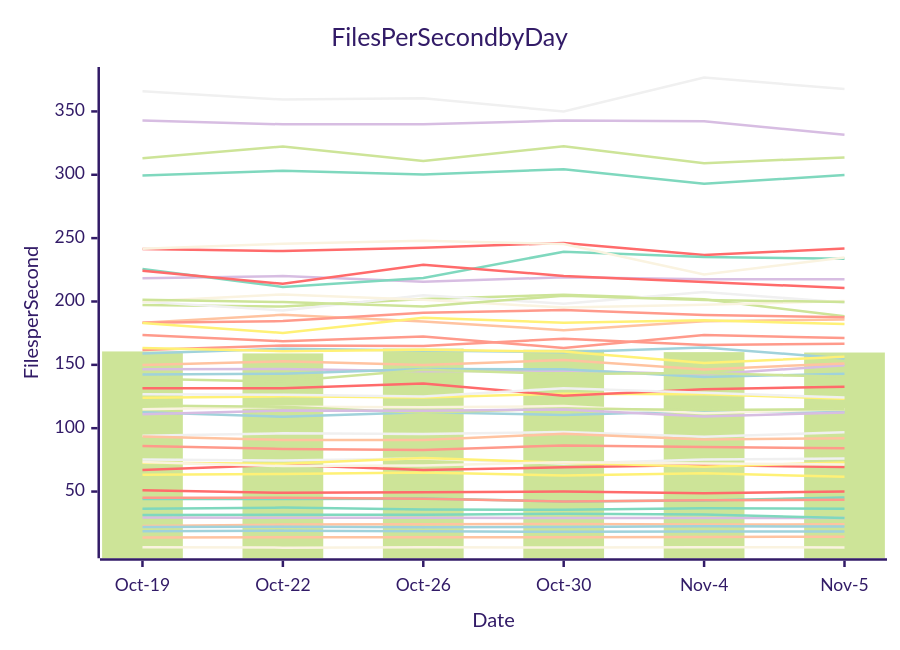
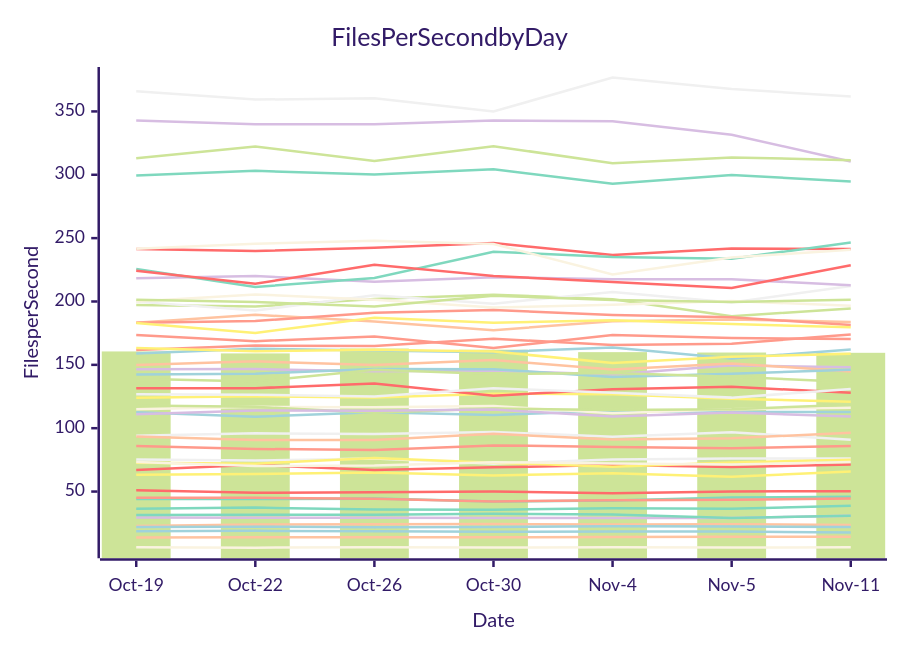
The diagram in perf-report.md (streetsidesoftware/cspell), drawn with Mermaid (forest theme) before and after one commit. The commit also changed other lines of this file and 1 other file, not shown here.

````diff
--- a/perf-report.md
+++ b/perf-report.md
@@ -10,57 +10,57 @@
 ```mermaid
 xychart-beta
     title Files Per Second by Day
     y-axis Files per Second
-    x-axis Date [Oct-19, Oct-22, Oct-26, Oct-30, Nov-4, Nov-5]
-    bar [160.58, 159.03, 162.88, 161.94, 160.02, 159.72]
-    line [50.97, 49.03, 49.37, 49.99, 48.68, 50.03]
-    line [112.56, 109.04, 112.63, 110.40, 113.53, 112.85]
-    line [146.50, 146.67, 144.85, 145.45, 142.42, 149.63]
-    line [93.97, 96.00, 95.45, 97.05, 93.17, 96.79]
-    line [22.78, 23.92, 24.17, 24.43, 23.95, 24.20]
-    line [36.49, 37.33, 35.82, 35.71, 36.86, 36.50]
-    line [161.71, 165.23, 164.80, 170.61, 165.61, 166.70]
-    line [6.02, 5.75, 6.03, 5.80, 6.05, 5.91]
-    line [63.29, 63.79, 65.07, 62.75, 64.51, 61.69]
-    line [197.32, 196.05, 201.96, 205.39, 201.71, 188.42]
-    line [67.05, 71.08, 67.00, 69.09, 70.86, 69.37]
-    line [18.69, 19.00, 18.63, 18.25, 18.44, 18.38]
-    line [29.58, 29.31, 29.41, 29.14, 29.07, 29.19]
-    line [75.28, 74.51, 76.18, 72.03, 75.21, 76.09]
-    line [93.37, 90.70, 90.60, 95.53, 91.04, 92.11]
-    line [44.15, 44.08, 44.42, 42.24, 42.88, 45.37]
-    line [173.59, 168.67, 172.42, 163.25, 173.61, 171.18]
-    line [115.01, 116.88, 116.53, 117.43, 111.89, 115.01]
-    line [123.99, 125.15, 124.19, 127.28, 126.86, 123.18]
-    line [118.00, 116.85, 112.16, 115.50, 114.45, 114.87]
-    line [131.49, 131.59, 135.21, 125.70, 130.73, 132.76]
-    line [22.11, 22.28, 21.78, 22.12, 22.59, 22.34]
-    line [342.86, 339.81, 339.82, 342.79, 342.26, 331.64]
-    line [199.89, 192.85, 204.98, 198.27, 207.58, 199.26]
-    line [149.81, 152.74, 149.93, 153.73, 146.39, 151.10]
-    line [299.41, 303.13, 300.22, 304.34, 292.89, 299.81]
-    line [45.18, 45.07, 44.31, 42.25, 43.22, 43.49]
-    line [199.93, 205.59, 201.31, 195.27, 197.35, 200.31]
-    line [72.64, 71.96, 76.44, 72.80, 69.62, 72.93]
-    line [201.34, 199.55, 196.07, 204.60, 201.12, 199.63]
-    line [241.48, 239.78, 242.41, 246.20, 236.64, 241.81]
-    line [158.95, 162.77, 161.40, 160.02, 163.60, 155.05]
-    line [218.31, 220.10, 215.49, 219.14, 217.54, 217.64]
-    line [126.74, 126.46, 125.04, 131.49, 128.05, 124.13]
-    line [183.26, 189.47, 184.23, 177.36, 184.49, 185.72]
-    line [225.66, 211.47, 218.53, 239.32, 235.17, 233.67]
-    line [183.18, 184.56, 191.17, 193.23, 189.38, 187.47]
-    line [73.27, 70.11, 70.57, 73.22, 72.23, 71.32]
-    line [183.04, 175.20, 187.18, 183.23, 185.22, 182.14]
-    line [313.03, 322.37, 310.93, 322.55, 309.17, 313.73]
-    line [224.21, 213.97, 229.01, 220.21, 215.36, 210.66]
-    line [142.44, 143.06, 146.69, 146.59, 140.40, 143.02]
-    line [111.02, 113.95, 113.80, 114.69, 109.15, 112.48]
-    line [365.93, 359.34, 360.33, 349.95, 376.67, 367.68]
-    line [13.81, 14.01, 14.02, 13.97, 14.18, 14.33]
-    line [31.44, 31.67, 31.78, 32.41, 31.83, 29.14]
-    line [86.03, 83.62, 82.78, 86.40, 85.26, 84.18]
-    line [241.58, 245.56, 247.95, 245.41, 221.31, 234.75]
-    line [163.29, 160.80, 161.82, 160.48, 151.46, 156.36]
-    line [139.08, 136.76, 146.14, 142.74, 143.48, 140.52]
+    x-axis Date [Oct-19, Oct-22, Oct-26, Oct-30, Nov-4, Nov-5, Nov-11]
+    bar [160.58, 159.03, 162.88, 161.94, 160.02, 159.72, 159.50]
+    line [50.97, 49.03, 49.37, 49.99, 48.68, 50.03, 50.31]
+    line [112.56, 109.04, 112.63, 110.40, 113.53, 112.85, 112.79]
+    line [146.50, 146.67, 144.85, 145.45, 142.42, 149.63, 148.07]
+    line [93.97, 96.00, 95.45, 97.05, 93.17, 96.79, 90.90]
+    line [22.78, 23.92, 24.17, 24.43, 23.95, 24.20, 23.69]
+    line [36.49, 37.33, 35.82, 35.71, 36.86, 36.50, 38.78]
+    line [161.71, 165.23, 164.80, 170.61, 165.61, 166.70, 173.91]
+    line [6.02, 5.75, 6.03, 5.80, 6.05, 5.91, 5.95]
+    line [63.29, 63.79, 65.07, 62.75, 64.51, 61.69, 65.83]
+    line [197.32, 196.05, 201.96, 205.39, 201.71, 188.42, 194.49]
+    line [67.05, 71.08, 67.00, 69.09, 70.86, 69.37, 71.36]
+    line [18.69, 19.00, 18.63, 18.25, 18.44, 18.38, 17.61]
+    line [29.58, 29.31, 29.41, 29.14, 29.07, 29.19, 30.95]
+    line [75.28, 74.51, 76.18, 72.03, 75.21, 76.09, 76.02]
+    line [93.37, 90.70, 90.60, 95.53, 91.04, 92.11, 96.41]
+    line [44.15, 44.08, 44.42, 42.24, 42.88, 45.37, 45.81]
+    line [173.59, 168.67, 172.42, 163.25, 173.61, 171.18, 170.34]
+    line [115.01, 116.88, 116.53, 117.43, 111.89, 115.01, 116.13]
+    line [123.99, 125.15, 124.19, 127.28, 126.86, 123.18, 120.90]
+    line [118.00, 116.85, 112.16, 115.50, 114.45, 114.87, 118.59]
+    line [131.49, 131.59, 135.21, 125.70, 130.73, 132.76, 127.91]
+    line [22.11, 22.28, 21.78, 22.12, 22.59, 22.34, 22.08]
+    line [342.86, 339.81, 339.82, 342.79, 342.26, 331.64, 310.44]
+    line [199.89, 192.85, 204.98, 198.27, 207.58, 199.26, 212.17]
+    line [149.81, 152.74, 149.93, 153.73, 146.39, 151.10, 144.71]
+    line [299.41, 303.13, 300.22, 304.34, 292.89, 299.81, 294.70]
+    line [45.18, 45.07, 44.31, 42.25, 43.22, 43.49, 44.55]
+    line [199.93, 205.59, 201.31, 195.27, 197.35, 200.31, 196.62]
+    line [72.64, 71.96, 76.44, 72.80, 69.62, 72.93, 75.09]
+    line [201.34, 199.55, 196.07, 204.60, 201.12, 199.63, 201.35]
+    line [241.48, 239.78, 242.41, 246.20, 236.64, 241.81, 241.52]
+    line [158.95, 162.77, 161.40, 160.02, 163.60, 155.05, 162.14]
+    line [218.31, 220.10, 215.49, 219.14, 217.54, 217.64, 212.72]
+    line [126.74, 126.46, 125.04, 131.49, 128.05, 124.13, 130.86]
+    line [183.26, 189.47, 184.23, 177.36, 184.49, 185.72, 183.87]
+    line [225.66, 211.47, 218.53, 239.32, 235.17, 233.67, 246.58]
+    line [183.18, 184.56, 191.17, 193.23, 189.38, 187.47, 181.43]
+    line [73.27, 70.11, 70.57, 73.22, 72.23, 71.32, 73.24]
+    line [183.04, 175.20, 187.18, 183.23, 185.22, 182.14, 179.75]
+    line [313.03, 322.37, 310.93, 322.55, 309.17, 313.73, 311.51]
+    line [224.21, 213.97, 229.01, 220.21, 215.36, 210.66, 228.58]
+    line [142.44, 143.06, 146.69, 146.59, 140.40, 143.02, 146.15]
+    line [111.02, 113.95, 113.80, 114.69, 109.15, 112.48, 109.14]
+    line [365.93, 359.34, 360.33, 349.95, 376.67, 367.68, 361.82]
+    line [13.81, 14.01, 14.02, 13.97, 14.18, 14.33, 14.39]
+    line [31.44, 31.67, 31.78, 32.41, 31.83, 29.14, 30.84]
+    line [86.03, 83.62, 82.78, 86.40, 85.26, 84.18, 85.96]
+    line [241.58, 245.56, 247.95, 245.41, 221.31, 234.75, 240.86]
+    line [163.29, 160.80, 161.82, 160.48, 151.46, 156.36, 158.85]
+    line [139.08, 136.76, 146.14, 142.74, 143.48, 140.52, 136.52]
 ```
````
